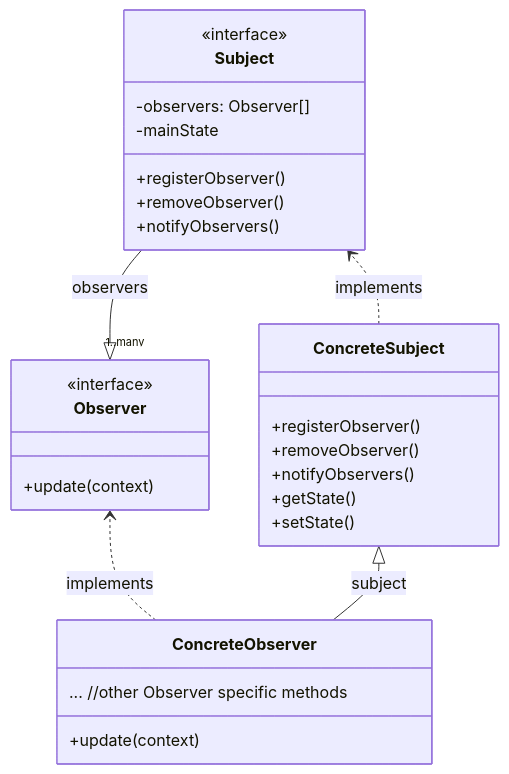
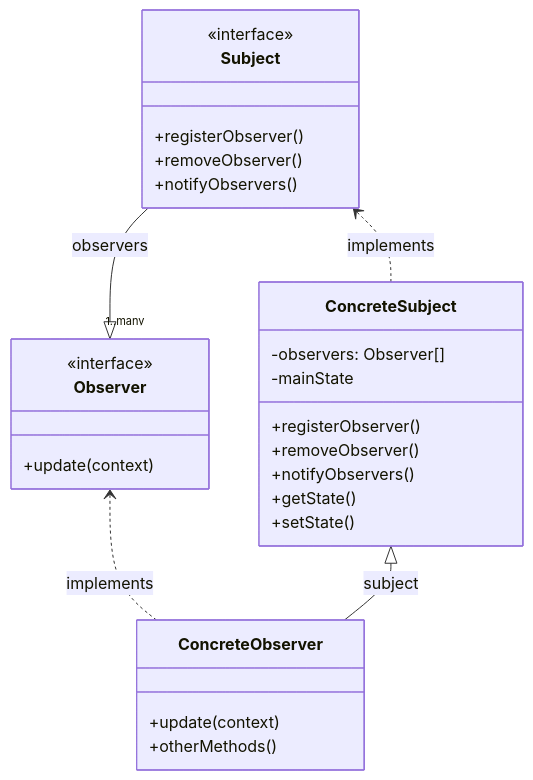
Before and after one commit to SydneyRaeBlackburn/design-patterns: the diagram in observer/README.md, drawn with Mermaid.

Commit message:
readme updates

````diff
--- a/observer/README.md
+++ b/observer/README.md
@@ -7,31 +7,31 @@
 ```mermaid
 classDiagram
     Observer "1..many" <|-- Subject: observers
     ConcreteObserver ..> Observer: implements
     ConcreteObserver --|> ConcreteSubject: subject
     ConcreteSubject ..> Subject: implements
     direction BT
     class Subject{
         <<interface>>
-        -observers: Observer[]
-        -mainState
         +registerObserver()
         +removeObserver()
         +notifyObservers()
     }
     class Observer{
         <<interface>>
         +update(context)
     }
     class ConcreteObserver{
         +update(context)
-        ... //other Observer specific methods
+        +otherMethods()
     }
     class ConcreteSubject{
+        -observers: Observer[]
+        -mainState
         +registerObserver()
         +removeObserver()
         +notifyObservers()
         +getState()
         +setState()
     }
 ```
````
